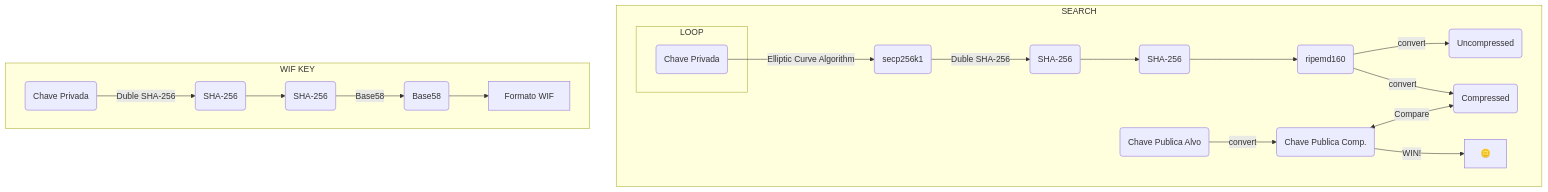
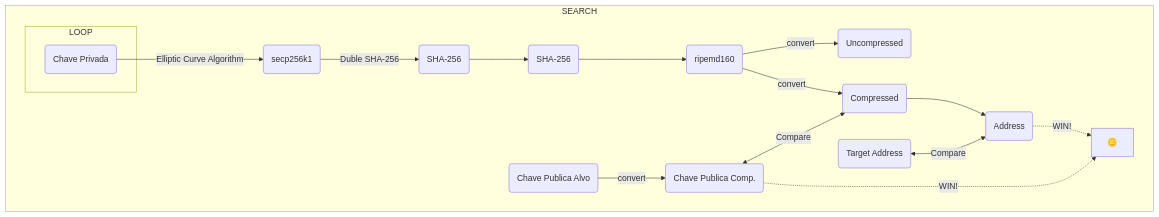
The second of 2 diagrams in README.md (EliasJuk/BitHunter), drawn with Mermaid before and after one commit. The commit also changed other lines of this file, not shown here.

````diff
--- a/README.md
+++ b/README.md
@@ -16,28 +33,24 @@
 ```mermaid
 flowchart TD
-	subgraph 1[WIF KEY]
-		PrivateKey1(Chave Privada)
-		PrivateKey1 --> |Duble SHA-256| SHA-256-1A(SHA-256)
-		SHA-256-1A --> SHA-256-2B(SHA-256)
-		SHA-256-2B --> |Base58|Base58(Base58)
-		Base58 --> WIF[Formato WIF]
-	end
-
-	subgraph 2[SEARCH]
-
-		subgraph 3[LOOP]
+	subgraph SEARCH[SEARCH]
+	style SEARCH stroke:#A9A9A9,troke-width:4px
+		subgraph LOOP[LOOP]
 			PrivateKey2(Chave Privada)
 		end
 		PrivateKey2 -->|Elliptic Curve Algorithm| CurvaEliptica(secp256k1)
 		CurvaEliptica -->|Duble SHA-256| SHA-256-1(SHA-256)
 		SHA-256-1 --> SHA-256-2(SHA-256)
 		SHA-256-2 --> ripemd160(ripemd160)
 
 		ripemd160 --> |convert| uncompressed(Uncompressed)
 		ripemd160 --> |convert| compressed(Compressed)
 		
 		PublicKeyTarget(Chave Publica Alvo) --> |convert| compressed2(Compressed)
 		compressed2(Chave Publica Comp.) <--> |Compare| compressed
-		compressed2 --> |WIN!| Value[🪙]
+		compressed --> AddressGenerated(Address)
+		AddressTarget(Target Address) <--> |Compare| AddressGenerated
+
+		AddressGenerated -.-> |WIN!| Value
+		compressed2 -.-> |WIN!| Value[🪙]
 	end
 ```
````
